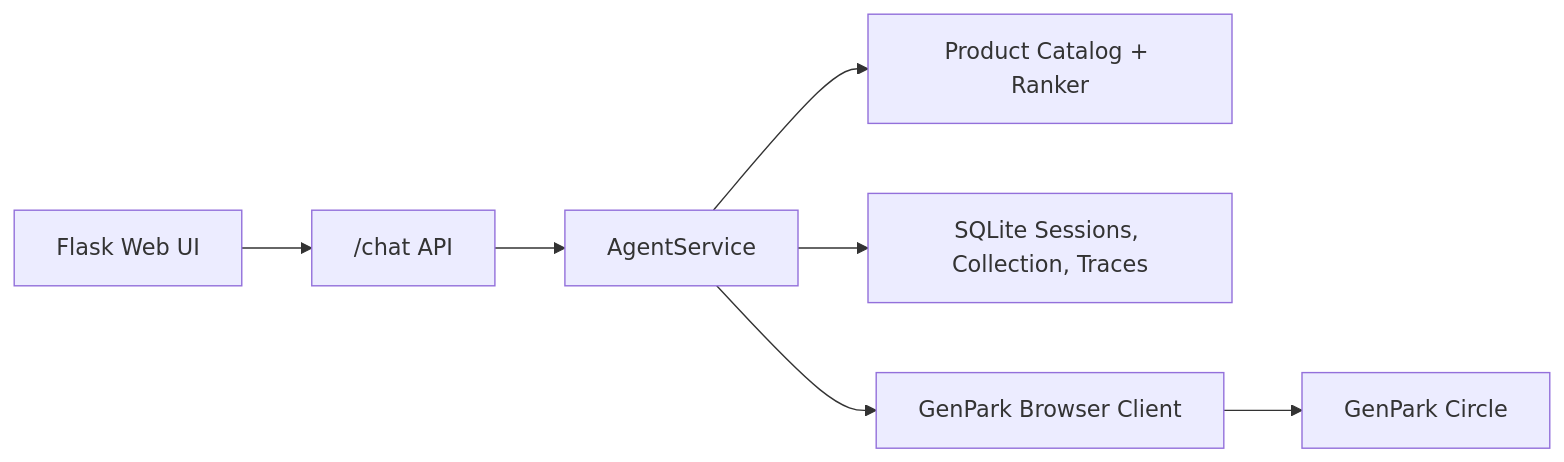
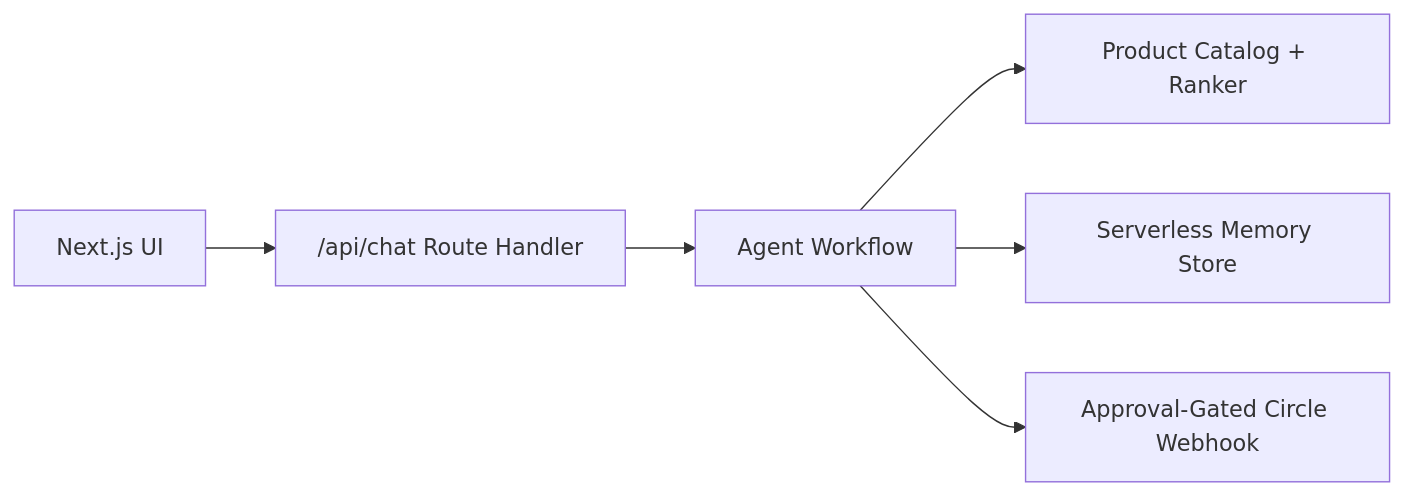
One commit to Alpha-Park/ucws-hackathon-agent changed the diagram in README.md. Above: the diagram before and after it, drawn with Mermaid. The commit also changed other lines of this file and 37 other files, not shown here.

````diff
--- a/README.md
+++ b/README.md
@@ -94,9 +88,8 @@
 ```mermaid
 flowchart LR
-    UI["Flask Web UI"] --> API["/chat API"]
-    API --> Service["AgentService"]
-    Service --> Catalog["Product Catalog + Ranker"]
-    Service --> Store["SQLite Sessions, Collection, Traces"]
-    Service --> Circle["GenPark Browser Client"]
-    Circle --> GenPark["GenPark Circle"]
+    UI["Next.js UI"] --> API["/api/chat Route Handler"]
+    API --> Agent["Agent Workflow"]
+    Agent --> Catalog["Product Catalog + Ranker"]
+    Agent --> Store["Serverless Memory Store"]
+    Agent --> Circle["Approval-Gated Circle Webhook"]
 ```
````
